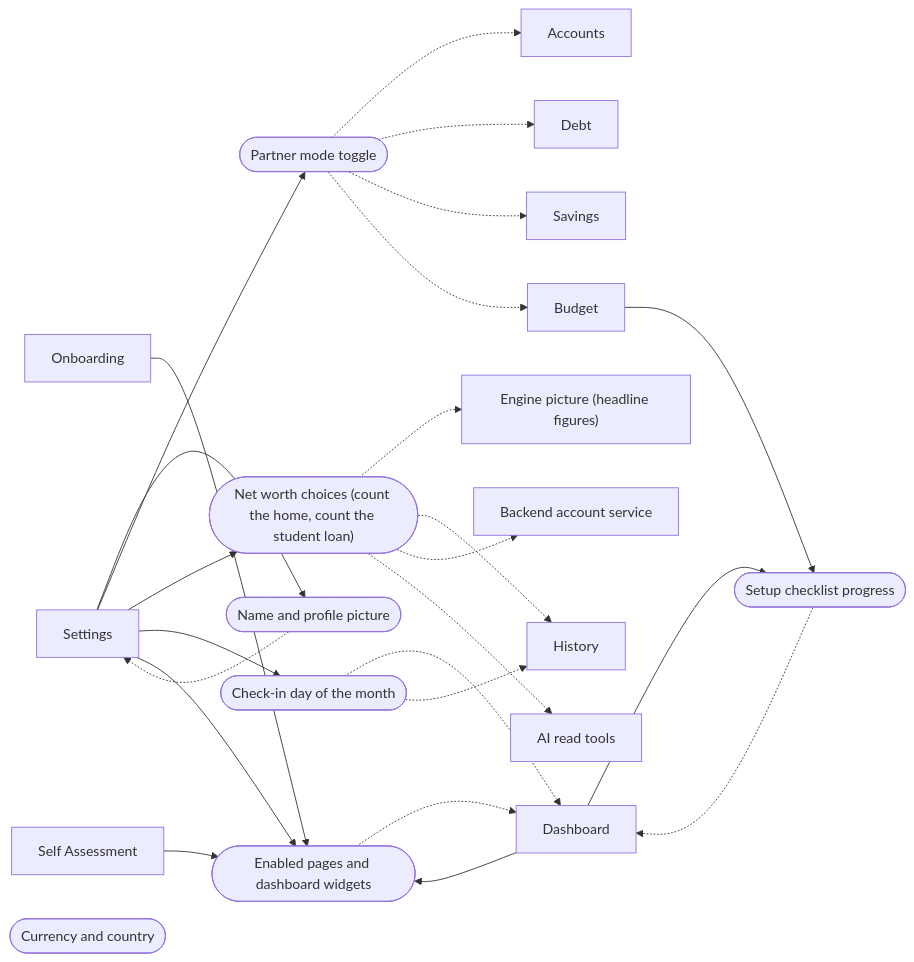
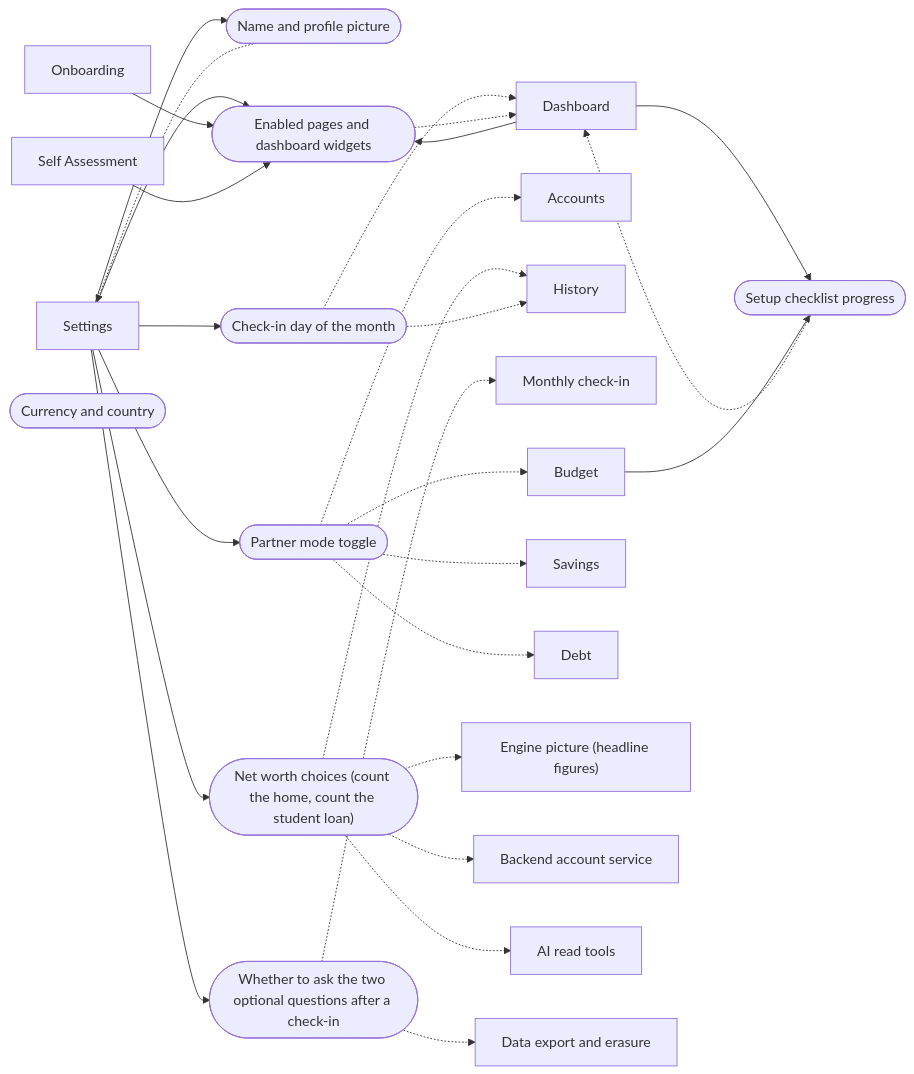
The fourth of 8 diagrams in docs/system/generated/connections.md (mgallagher56/flump), drawn with Mermaid before and after one commit. The commit also changed other lines of this file and 24 other files, not shown here.

First line of the commit message:
feat(backend): E35 W5 wellbeing questions storage, switch and routes

````diff
--- a/docs/system/generated/connections.md
+++ b/docs/system/generated/connections.md
@@ -374,45 +378,51 @@
 ```mermaid
 flowchart LR
   s_onboarding["Onboarding"]
   s_dashboard["Dashboard"]
   s_accounts["Accounts"]
   s_history["History"]
+  s_check_in["Monthly check-in"]
   s_budget["Budget"]
   s_savings["Savings"]
   s_debt["Debt"]
   s_self_assessment["Self Assessment"]
   s_settings["Settings"]
   s_picture["Engine picture (headline figures)"]
   s_account_service["Backend account service"]
   s_mcp_read["AI read tools"]
+  s_export["Data export and erasure"]
   f_name_and_avatar(["Name and profile picture"])
   s_settings --> f_name_and_avatar
   f_name_and_avatar -.-> s_settings
   f_partner_mode(["Partner mode toggle"])
   s_settings --> f_partner_mode
   f_partner_mode -.-> s_accounts
   f_partner_mode -.-> s_debt
   f_partner_mode -.-> s_savings
   f_partner_mode -.-> s_budget
   f_net_worth_choices(["Net worth choices (count the home, count the student loan)"])
   s_settings --> f_net_worth_choices
   f_net_worth_choices -.-> s_picture
   f_net_worth_choices -.-> s_history
   f_net_worth_choices -.-> s_account_service
   f_net_worth_choices -.-> s_mcp_read
+  f_wellbeing_questions_switch(["Whether to ask the two optional questions after a check-in"])
+  s_settings --> f_wellbeing_questions_switch
+  f_wellbeing_questions_switch -.-> s_check_in
+  f_wellbeing_questions_switch -.-> s_export
   f_check_in_day(["Check-in day of the month"])
   s_settings --> f_check_in_day
   f_check_in_day -.-> s_dashboard
   f_check_in_day -.-> s_history
   f_enabled_pages_and_widgets(["Enabled pages and dashboard widgets"])
   s_settings --> f_enabled_pages_and_widgets
   s_onboarding --> f_enabled_pages_and_widgets
   s_self_assessment --> f_enabled_pages_and_widgets
   s_dashboard --> f_enabled_pages_and_widgets
   f_enabled_pages_and_widgets -.-> s_dashboard
   f_setup_checklist(["Setup checklist progress"])
   s_dashboard --> f_setup_checklist
   s_budget --> f_setup_checklist
   f_setup_checklist -.-> s_dashboard
   f_currency_and_country(["Currency and country"])
 ```
````
